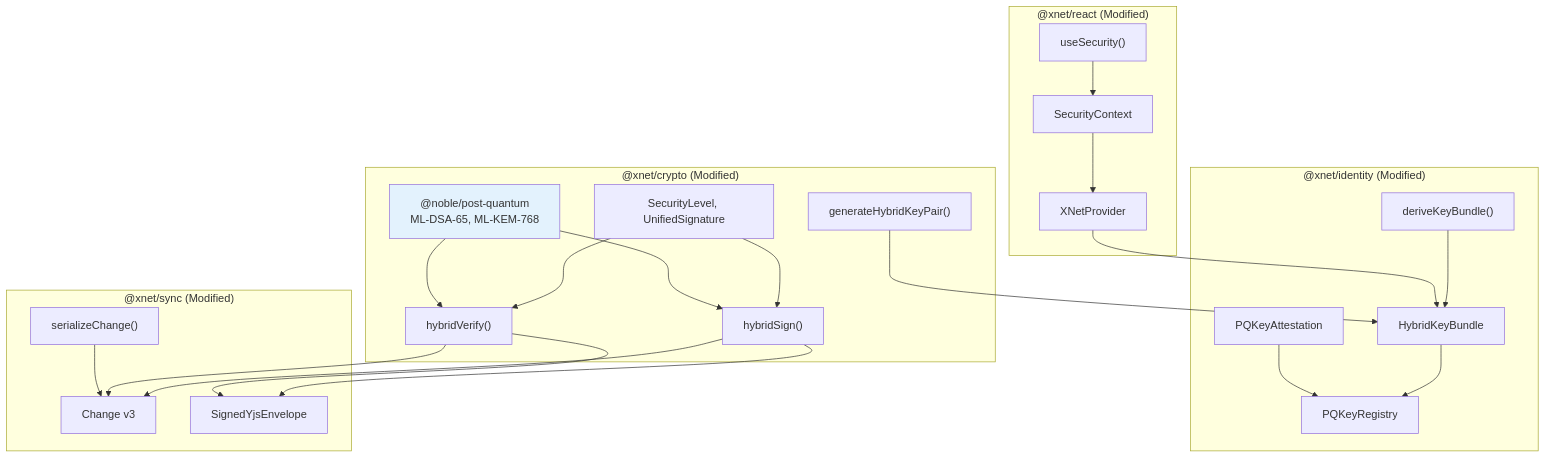
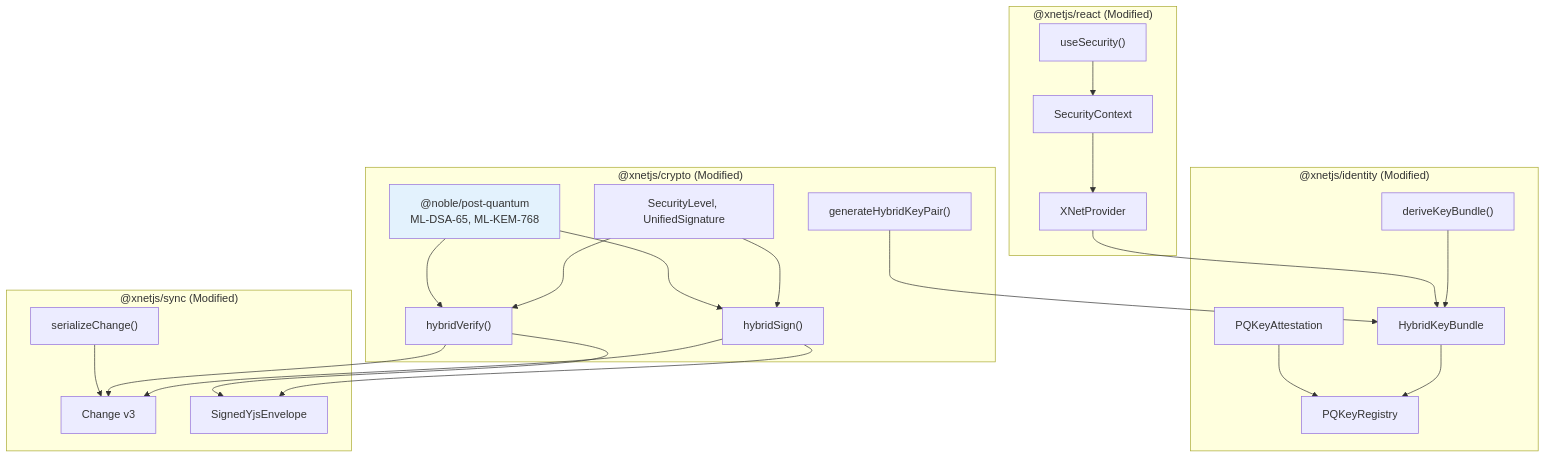
One commit to crs48/xNet changed the second of 3 diagrams in docs/plans/plan03_9_2MultiLevelCrypto/README.md. Above: the diagram before and after it, drawn with Mermaid. The commit also changed other lines of this file and 980 other files, not shown here.

````diff
--- a/docs/plans/plan03_9_2MultiLevelCrypto/README.md
+++ b/docs/plans/plan03_9_2MultiLevelCrypto/README.md
@@ -240,51 +240,51 @@
 ```mermaid
 flowchart TB
-    subgraph "@xnet/crypto (Modified)"
+    subgraph "@xnetjs/crypto (Modified)"
         TYPES["SecurityLevel, UnifiedSignature"]
         SIGN["hybridSign()"]
         VERIFY["hybridVerify()"]
         KEYGEN["generateHybridKeyPair()"]
         NOBLE["@noble/post-quantum<br/>ML-DSA-65, ML-KEM-768"]
     end
 
-    subgraph "@xnet/identity (Modified)"
+    subgraph "@xnetjs/identity (Modified)"
         BUNDLE["HybridKeyBundle"]
         REGISTRY["PQKeyRegistry"]
         ATTEST["PQKeyAttestation"]
         DERIVE["deriveKeyBundle()"]
     end
 
-    subgraph "@xnet/sync (Modified)"
+    subgraph "@xnetjs/sync (Modified)"
         CHANGE["Change<T> v3"]
         SERIAL["serializeChange()"]
         YJS["SignedYjsEnvelope"]
     end
 
-    subgraph "@xnet/react (Modified)"
+    subgraph "@xnetjs/react (Modified)"
         CTX["SecurityContext"]
         HOOK["useSecurity()"]
         PROVIDER["XNetProvider"]
     end
 
     TYPES --> SIGN
     TYPES --> VERIFY
     NOBLE --> SIGN
     NOBLE --> VERIFY
     KEYGEN --> BUNDLE
 
     BUNDLE --> REGISTRY
     ATTEST --> REGISTRY
     DERIVE --> BUNDLE
 
     SIGN --> CHANGE
     VERIFY --> CHANGE
     SIGN --> YJS
     VERIFY --> YJS
     SERIAL --> CHANGE
 
     CTX --> PROVIDER
     HOOK --> CTX
     PROVIDER --> BUNDLE
 
     style NOBLE fill:#e3f2fd
 ```
````
